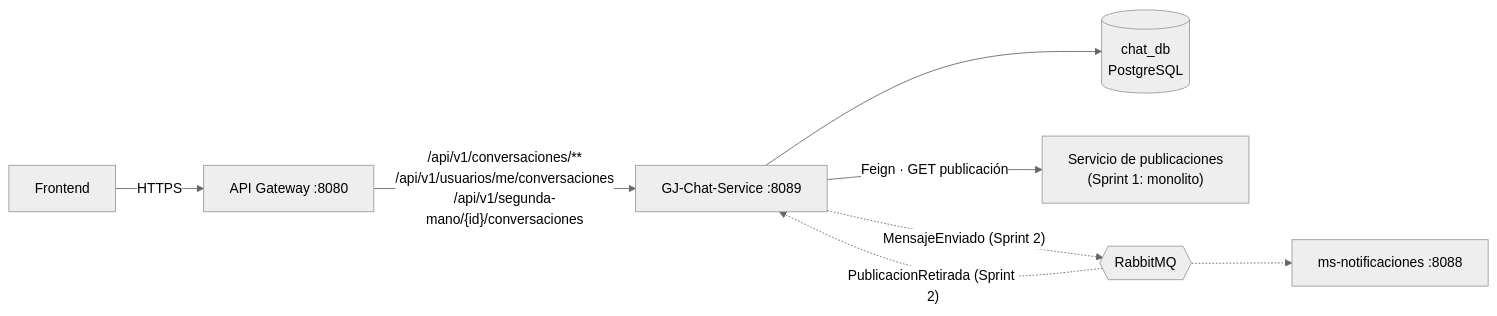
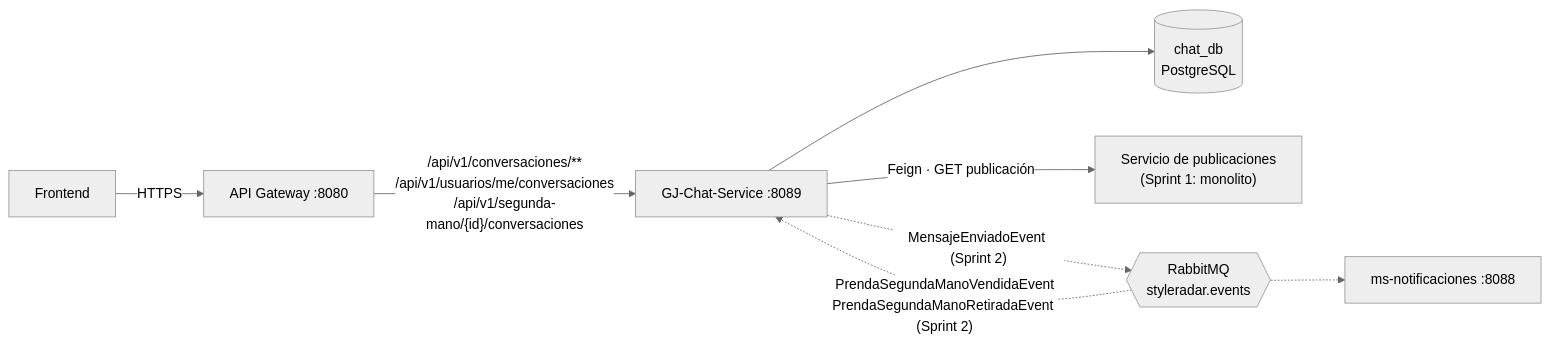
Before and after one commit to StyleRadar1/GJ-Chat-Service: the second of 7 diagrams in docs/SR_GJ_DocumentoTecnico_v1.md, drawn with Mermaid (neutral theme). The commit also changed other lines of this file and 4 other files, not shown here.

````diff
--- a/docs/SR_GJ_DocumentoTecnico_v1.md
+++ b/docs/SR_GJ_DocumentoTecnico_v1.md
@@ -63,10 +85,10 @@
 ```mermaid
 flowchart LR
     FE["Frontend"] -->|"HTTPS"| GW["API Gateway :8080"]
     GW -->|"/api/v1/conversaciones/**<br/>/api/v1/usuarios/me/conversaciones<br/>/api/v1/segunda-mano/{id}/conversaciones"| CHAT["GJ-Chat-Service :8089"]
     CHAT --> DB[("chat_db<br/>PostgreSQL")]
     CHAT -->|"Feign · GET publicación"| SM["Servicio de publicaciones<br/>(Sprint 1: monolito)"]
-    CHAT -. "MensajeEnviado (Sprint 2)" .-> MQ{{"RabbitMQ"}}
-    MQ -. "PublicacionRetirada (Sprint 2)" .-> CHAT
+    CHAT -. "MensajeEnviadoEvent (Sprint 2)" .-> MQ{{"RabbitMQ<br/>styleradar.events"}}
+    MQ -. "PrendaSegundaManoVendidaEvent<br/>PrendaSegundaManoRetiradaEvent (Sprint 2)" .-> CHAT
     MQ -.-> NOT["ms-notificaciones :8088"]
 ```
````
